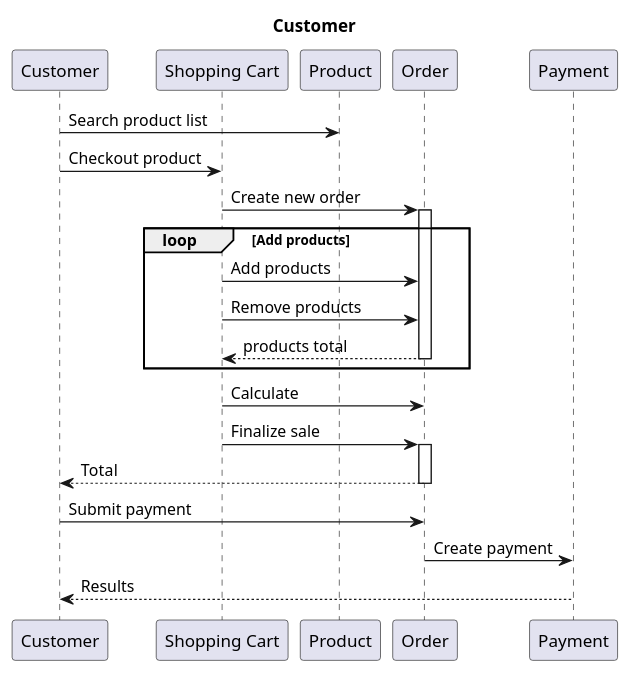
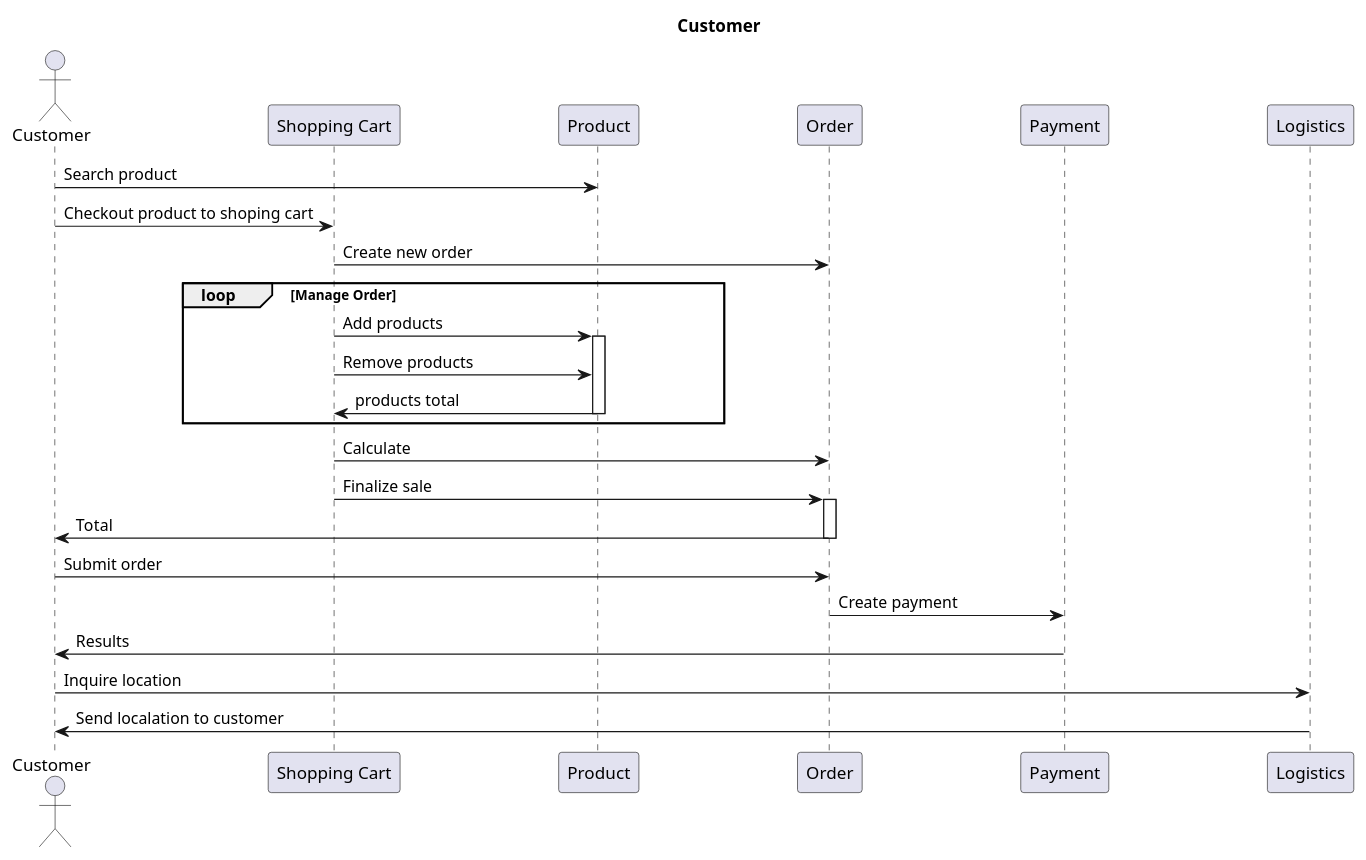
One commit to pradist/social-marketplace changed the diagram in customer.wsd. Above: the diagram before and after it, drawn with PlantUML. The commit also changed 6 other files, not shown here.

```diff
--- a/customer.wsd
+++ b/customer.wsd
@@ -1,28 +1,33 @@
 @startuml
    title Customer
-   participant "Customer" as cus
+   skinparam participantPadding 60
+   actor "Customer" as cus
    participant "Shopping Cart" as sc
    participant "Product" as p
    participant "Order" as order
    participant "Payment" as pm
-   cus->p: Search product list
-   cus->sc: Checkout product
+   participant "Logistics" as l
+   cus->p: Search product
+   cus->sc: Checkout product to shoping cart
    sc->order: Create new order
-   loop Add products
-        activate order
-        sc -> order: Add products
-        sc -> order: Remove products
-        order --> sc: products total
-        deactivate order
+   loop Manage Order
+        sc -> p: Add products
+        activate p
+        sc -> p: Remove products
+        p -> sc: products total
+        deactivate p
    end
    sc->order: Calculate
    sc->order: Finalize sale
    activate order
-   order --> cus: Total
+   order -> cus: Total
    deactivate order
 
-   cus->order: Submit payment
+   cus->order: Submit order
    order->pm: Create payment
-   pm-->cus: Results
+   pm->cus: Results
+
+   cus->l: Inquire location
+   l->cus: Send localation to customer
 
 @enduml
```
